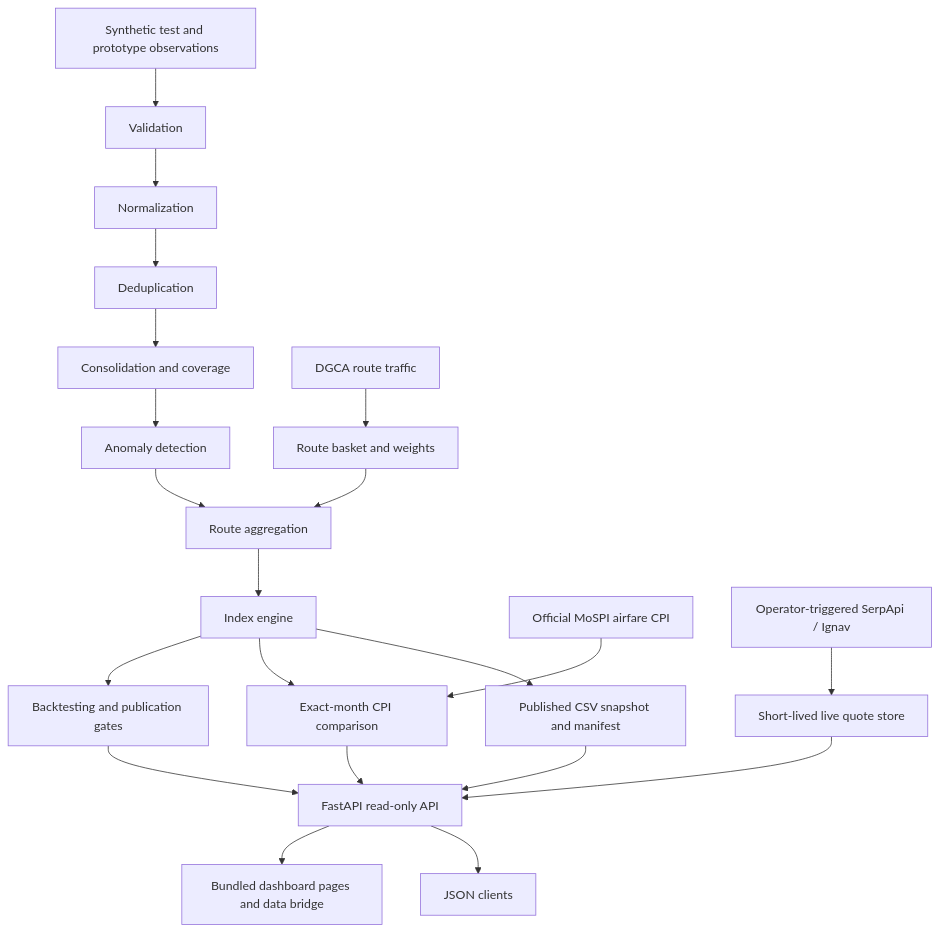
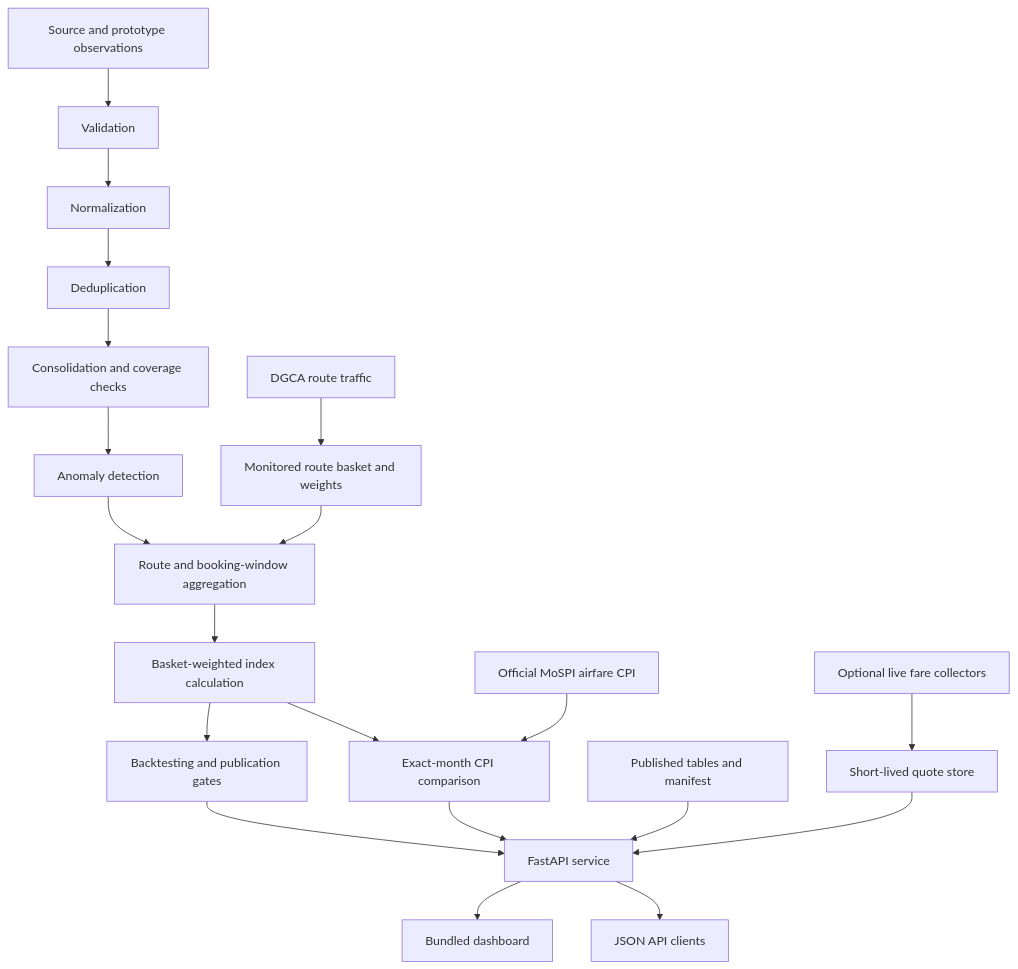
Before and after one commit to saumya0723/Vayu-Index: the first of 2 diagrams in README.md, drawn with Mermaid. The commit also changed other lines of this file, not shown here.

````diff
--- a/README.md
+++ b/README.md
@@ -25,23 +35,22 @@
 ```mermaid
 flowchart TD
-    S[Synthetic test and prototype observations] --> V[Validation]
+    S[Source and prototype observations] --> V[Validation]
     V --> N[Normalization]
     N --> D[Deduplication]
-    D --> C[Consolidation and coverage]
+    D --> C[Consolidation and coverage checks]
     C --> A[Anomaly detection]
-    A --> R[Route aggregation]
-    R --> I[Index engine]
+    A --> R[Route and booking-window aggregation]
+    R --> I[Basket-weighted index calculation]
     I --> B[Backtesting and publication gates]
-    DG[DGCA route traffic] --> W[Route basket and weights]
+    DG[DGCA route traffic] --> W[Monitored route basket and weights]
     W --> R
     M[Official MoSPI airfare CPI] --> X[Exact-month CPI comparison]
     I --> X
-    I --> P[Published CSV snapshot and manifest]
-    P --> API[FastAPI read-only API]
-    L[Operator-triggered SerpApi / Ignav] --> Q[Short-lived live quote store]
+    P[Published tables and manifest] --> API[FastAPI service]
+    B --> API
+    X --> API
+    L[Optional live fare collectors] --> Q[Short-lived quote store]
     Q --> API
-    X --> API
-    B --> API
-    API --> UI[Bundled dashboard pages and data bridge]
-    API --> CLIENT[JSON clients]
+    API --> UI[Bundled dashboard]
+    API --> CLIENT[JSON API clients]
 ```
````
